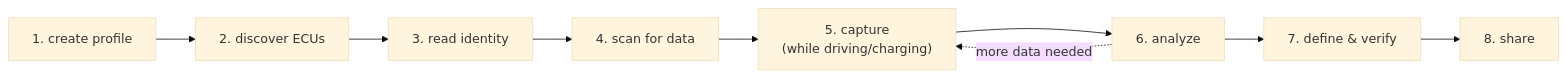
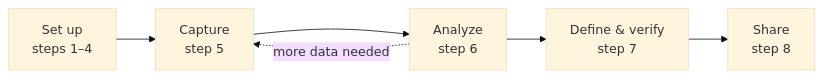
The diagram in docs/bring-your-own-car/overview.md (philipkocanda/canair), drawn with Mermaid (base theme) before and after one commit. The commit also changed other lines of this file and 2 other files, not shown here.

Commit message:
docs: draw the bring-your-own-car arc horizontally
Simplify the diagram to five nodes and let a diagram opt out of the automatic vertical layout
with a '%% pele: horizontal' comment.

````diff
--- a/docs/bring-your-own-car/overview.md
+++ b/docs/bring-your-own-car/overview.md
@@ -12,11 +12,9 @@
 ```mermaid
+%% pele: horizontal
 flowchart LR
-    A["1. create profile"] --> B["2. discover ECUs"]
-    B --> C["3. read identity"]
-    C --> D["4. scan for data"]
-    D --> E["5. capture<br/>(while driving/charging)"]
-    E --> F["6. analyze"]
-    F --> G["7. define & verify"]
-    G --> H["8. share"]
-    F -.->|more data needed| E
+    A["Set up<br/>steps 1–4"] --> B["Capture<br/>step 5"]
+    B --> C["Analyze<br/>step 6"]
+    C --> D["Define & verify<br/>step 7"]
+    D --> E["Share<br/>step 8"]
+    C -.->|more data needed| B
 ```
````
